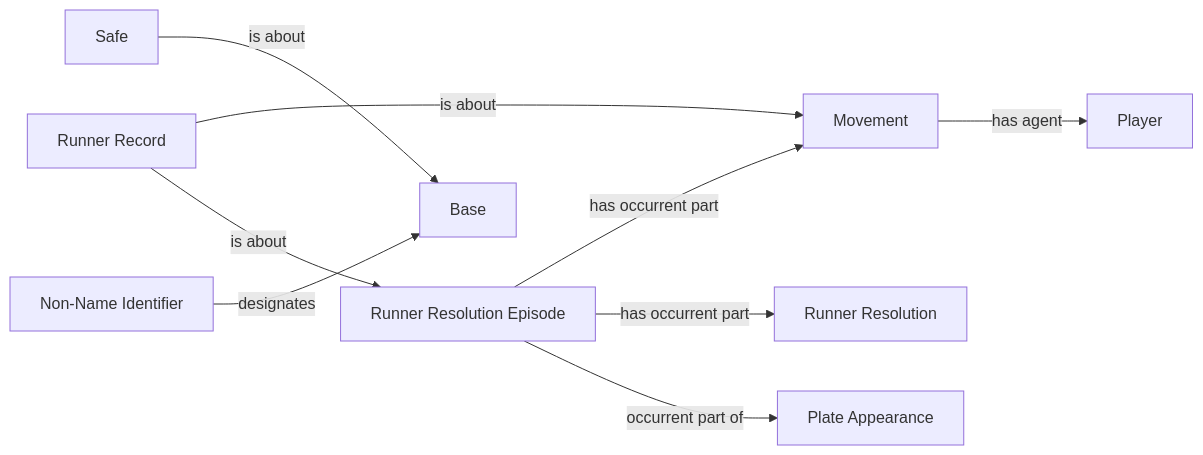
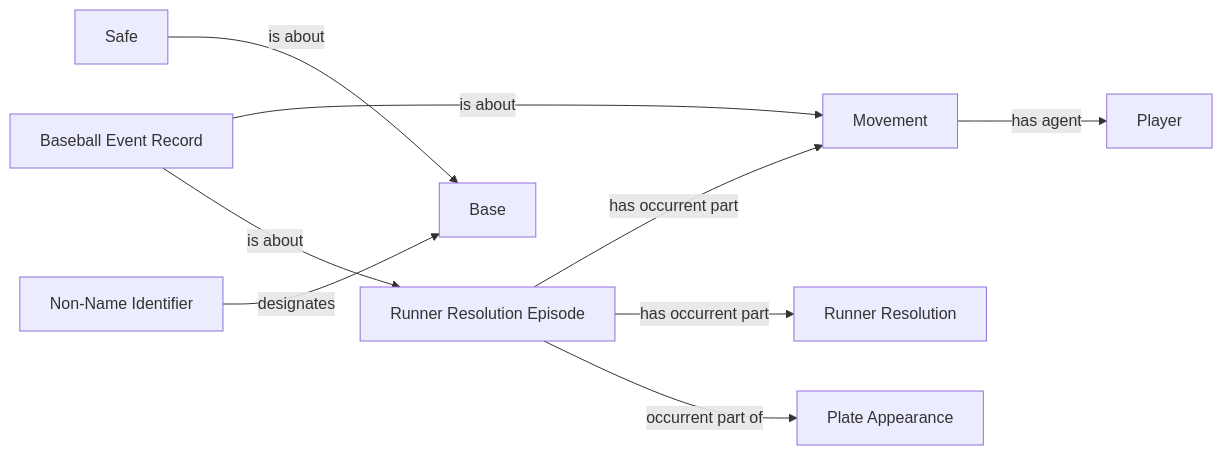
One commit to CarterBeauBenson/BaseballO changed the diagram in Baseball/mermaid/patterns/ontology/62-runner-structural-pattern.md. Above: the diagram before and after it, drawn with Mermaid. The commit also changed other lines of this file and 166 other files, not shown here.

````diff
--- a/Baseball/mermaid/patterns/ontology/62-runner-structural-pattern.md
+++ b/Baseball/mermaid/patterns/ontology/62-runner-structural-pattern.md
@@ -10,20 +10,20 @@
 ```mermaid
 flowchart LR
     N01["Safe"]
     N02["Plate Appearance"]
     N03["Movement"]
     N04["Runner Resolution Episode"]
-    N05["Runner Record"]
+    N05["Baseball Event Record"]
     N06["Runner Resolution"]
     N07["Player"]
     N08["Base"]
     N09["Non-Name Identifier"]
     N01 -->|is about| N08
     N03 -->|has agent| N07
     N04 -->|has occurrent part| N03
     N04 -->|has occurrent part| N06
     N04 -->|occurrent part of| N02
     N05 -->|is about| N03
     N05 -->|is about| N04
     N09 -->|designates| N08
 ```
````
